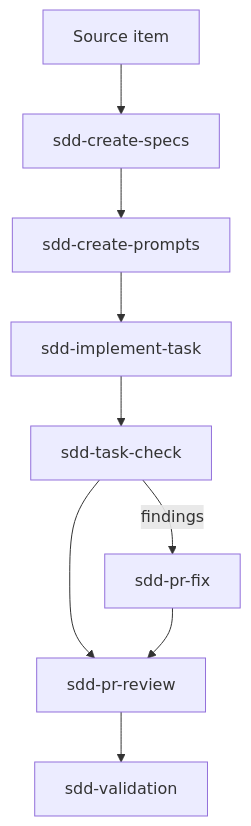
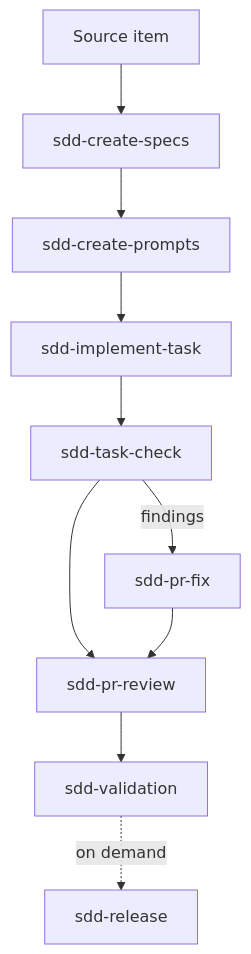
Before and after one commit to gmartins-dev/sdd-agentic-flow: the second of 3 diagrams in docs/sdd-skills-usage-guide.md, drawn with Mermaid. The commit also changed other lines of this file and 13 other files, not shown here.

````diff
--- a/docs/sdd-skills-usage-guide.md
+++ b/docs/sdd-skills-usage-guide.md
@@ -62,11 +62,12 @@
 ```mermaid
 flowchart TD
   Source[Source item] --> Specs[sdd-create-specs]
   Specs --> Prompts[sdd-create-prompts]
   Prompts --> Implement[sdd-implement-task]
   Implement --> Check[sdd-task-check]
   Check --> Review[sdd-pr-review]
   Review --> Validation[sdd-validation]
+  Validation -.->|on demand| Release[sdd-release]
   Check -->|findings| Fix[sdd-pr-fix]
   Fix --> Review
 ```
````
